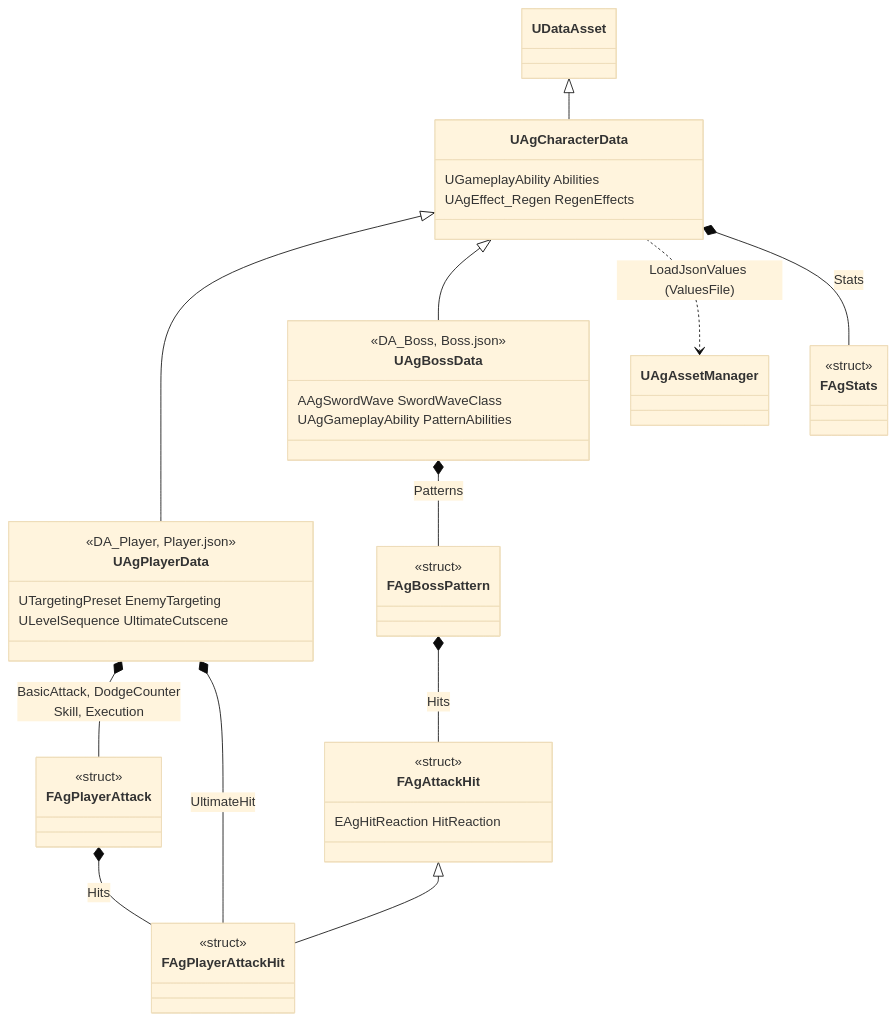
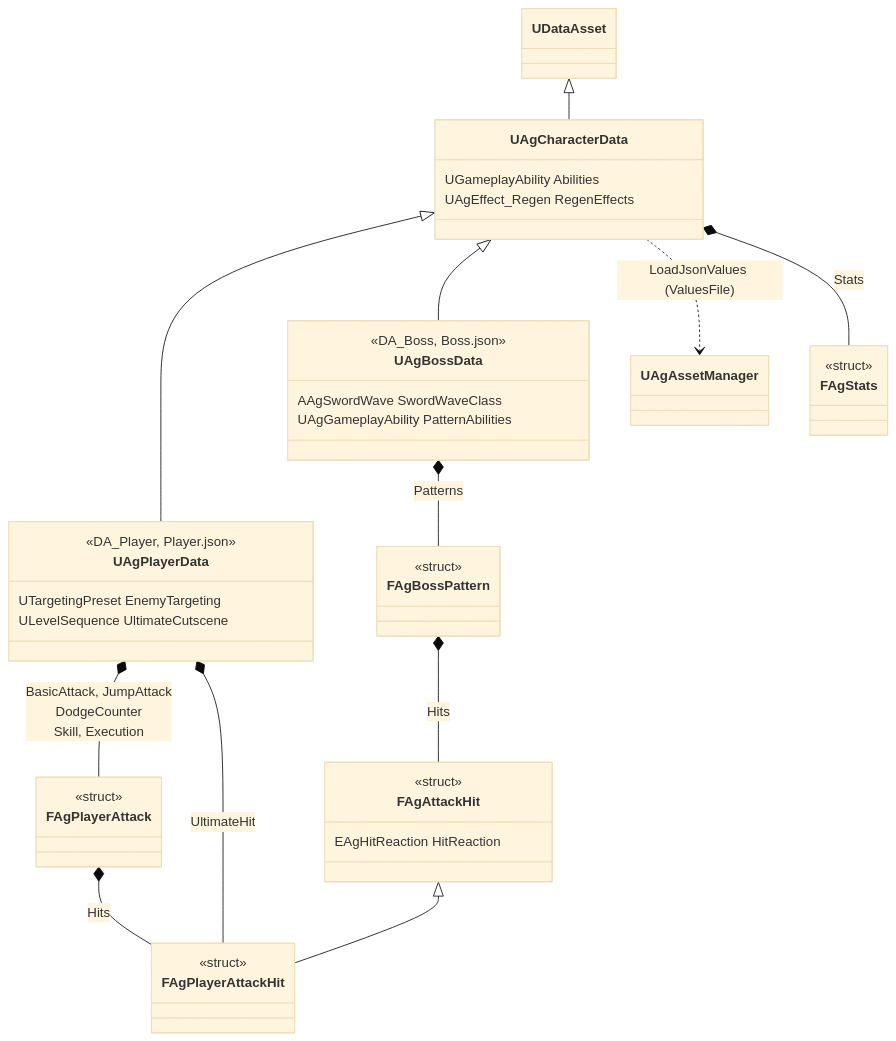
The first of 2 diagrams in Docs/Program/JSON과 DataAsset.md (Woogl/Ag), drawn with Mermaid (base theme) before and after one commit. The commit also changed other lines of this file and 9 other files, not shown here.

````diff
--- a/Docs/Program/JSON과 DataAsset.md
+++ b/Docs/Program/JSON과 DataAsset.md
@@ -29,46 +29,46 @@
 ```mermaid
 classDiagram
     direction TB
     class UAgCharacterData {
         UGameplayAbility Abilities
         UAgEffect_Regen RegenEffects
     }
     class UAgPlayerData {
         <<DA_Player, Player.json>>
         UTargetingPreset EnemyTargeting
         ULevelSequence UltimateCutscene
     }
     class UAgBossData {
         <<DA_Boss, Boss.json>>
         AAgSwordWave SwordWaveClass
         UAgGameplayAbility PatternAbilities
     }
     class FAgStats {
         <<struct>>
     }
     class FAgPlayerAttack {
         <<struct>>
     }
     class FAgBossPattern {
         <<struct>>
     }
     class FAgAttackHit {
         <<struct>>
         EAgHitReaction HitReaction
     }
     class FAgPlayerAttackHit {
         <<struct>>
     }
     UDataAsset <|-- UAgCharacterData
     UAgCharacterData <|-- UAgPlayerData
     UAgCharacterData <|-- UAgBossData
     UAgCharacterData ..> UAgAssetManager : LoadJsonValues (ValuesFile)
 
     UAgCharacterData *-- FAgStats : Stats
-    UAgPlayerData *-- FAgPlayerAttack : BasicAttack, DodgeCounter<br>Skill, Execution
+    UAgPlayerData *-- FAgPlayerAttack : BasicAttack, JumpAttack<br>DodgeCounter<br>Skill, Execution
     UAgPlayerData *-- FAgPlayerAttackHit : UltimateHit
     UAgBossData *-- FAgBossPattern : Patterns
     FAgAttackHit <|-- FAgPlayerAttackHit
     FAgPlayerAttack *-- FAgPlayerAttackHit : Hits
     FAgBossPattern *-- FAgAttackHit : Hits
 ```
````
